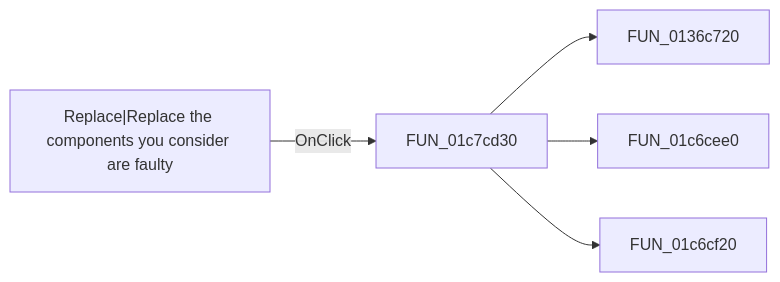
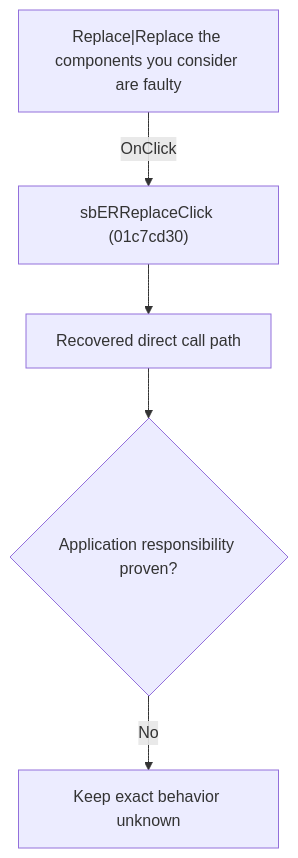
Before and after one commit to MovGP0/TIARA: the diagram in docs/ui-controls/schematiceditor/sberreplace-6689ae880d.md, drawn with Mermaid. The commit also changed other lines of this file and 1062 other files, not shown here.

````diff
--- a/docs/ui-controls/schematiceditor/sberreplace-6689ae880d.md
+++ b/docs/ui-controls/schematiceditor/sberreplace-6689ae880d.md
@@ -27,7 +27,7 @@
 ```mermaid
-flowchart LR
-    control["Replace|Replace the components you consider are faulty"] -->|OnClick| handler["FUN_01c7cd30"]
-    handler --> call1["FUN_0136c720"]
-    handler --> call2["FUN_01c6cee0"]
-    handler --> call3["FUN_01c6cf20"]
+flowchart TD
+    control["Replace|Replace the components you consider are faulty"] -->|"OnClick"| handler["sbERReplaceClick (01c7cd30)"]
+    handler --> recovered["Recovered direct call path"]
+    recovered --> gap{"Application responsibility proven?"}
+    gap -->|"No"| blocked["Keep exact behavior unknown"]
 ```
````
